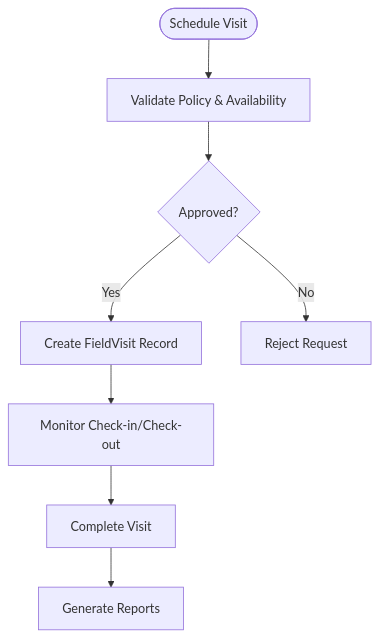
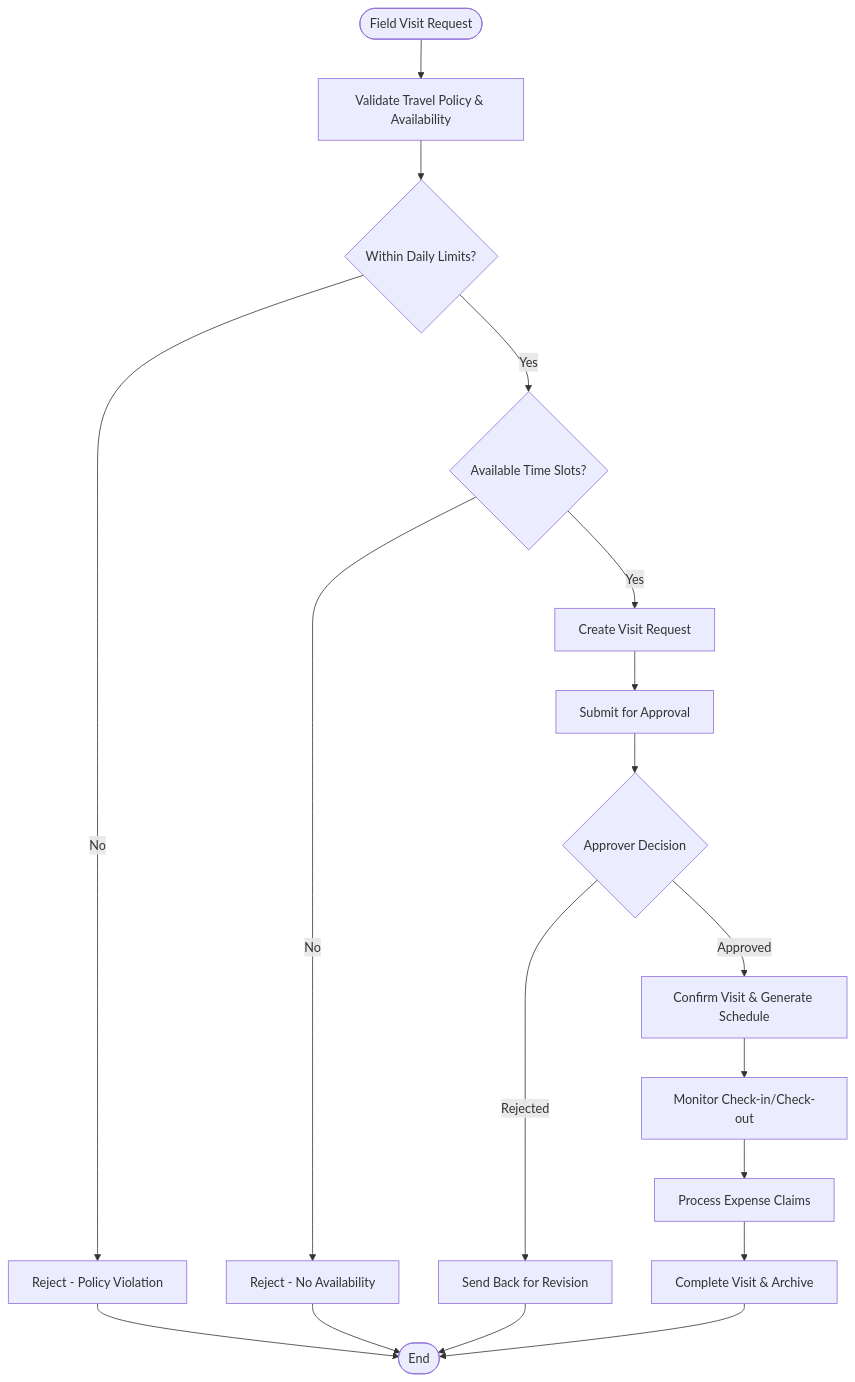
One commit to bikinaplikasipakeqoder-dot/payroll-hris changed the seventh of 9 diagrams in .qoder/repowiki/en/content/Field Visit Management.md. Above: the diagram before and after it, drawn with Mermaid. The commit also changed other lines of this file and 22 other files, not shown here.

````diff
--- a/.qoder/repowiki/en/content/Field Visit Management.md
+++ b/.qoder/repowiki/en/content/Field Visit Management.md
@@ -299,10 +398,20 @@
 ```mermaid
 flowchart TD
-Request(["Schedule Visit"]) --> Validate["Validate Policy & Availability"]
-Validate --> Approved{"Approved?"}
-Approved --> |Yes| CreateVisit["Create FieldVisit Record"]
-Approved --> |No| Reject["Reject Request"]
-CreateVisit --> Monitor["Monitor Check-in/Check-out"]
-Monitor --> Complete["Complete Visit"]
-Complete --> Report["Generate Reports"]
+Start(["Field Visit Request"]) --> ValidatePolicy["Validate Travel Policy & Availability"]
+ValidatePolicy --> CheckLimits{"Within Daily Limits?"}
+CheckLimits --> |Yes| CheckAvailability{"Available Time Slots?"}
+CheckLimits --> |No| RejectPolicy["Reject - Policy Violation"]
+CheckAvailability --> |Yes| CreateRequest["Create Visit Request"]
+CheckAvailability --> |No| RejectTime["Reject - No Availability"]
+CreateRequest --> SubmitApproval["Submit for Approval"]
+SubmitApproval --> Approve{"Approver Decision"}
+Approve --> |Approved| ConfirmVisit["Confirm Visit & Generate Schedule"]
+Approve --> |Rejected| RejectApproval["Send Back for Revision"]
+ConfirmVisit --> MonitorVisit["Monitor Check-in/Check-out"]
+MonitorVisit --> ProcessExpense["Process Expense Claims"]
+ProcessExpense --> CompleteVisit["Complete Visit & Archive"]
+RejectPolicy --> End(["End"])
+RejectTime --> End
+RejectApproval --> End
+CompleteVisit --> End
 ```
````
